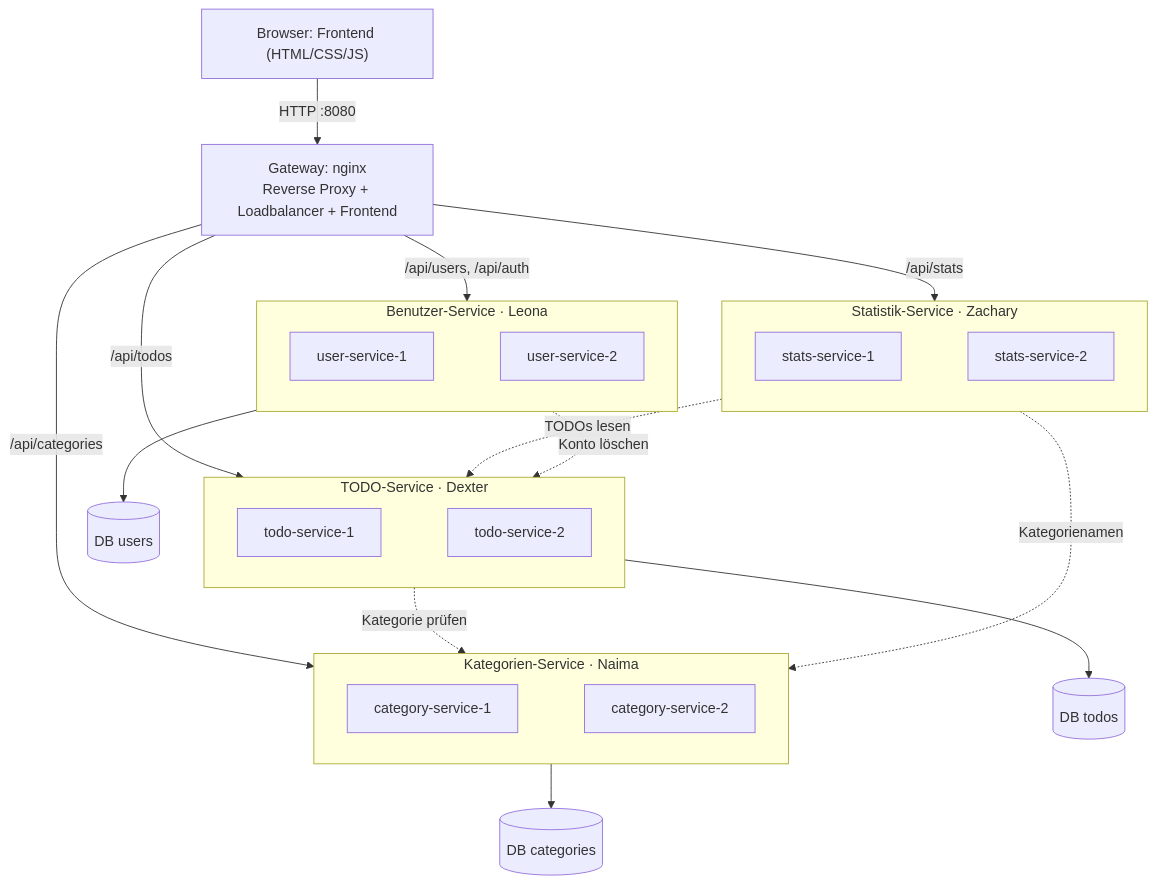
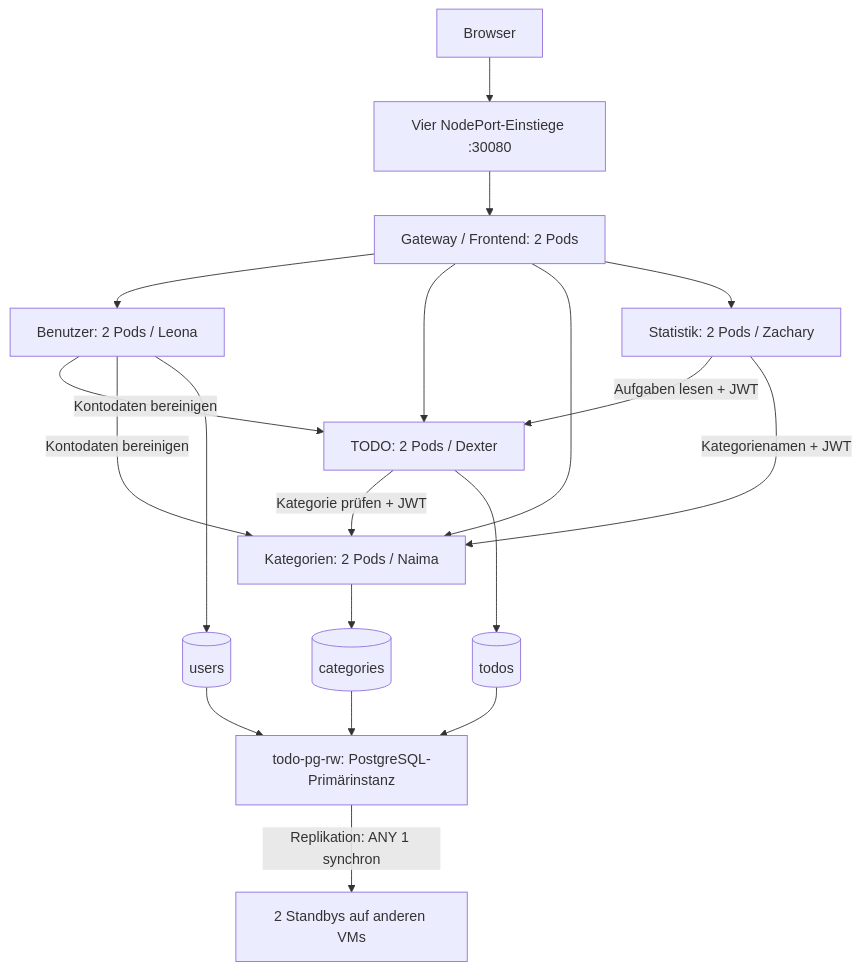
One commit to dexter-zurbruegg/M321_LB2_Leona_Zachary_Naima_Dexter changed the diagram in docs/dokumentation.md. Above: the diagram before and after it, drawn with Mermaid. The commit also changed other lines of this file and 19 other files, not shown here.

````diff
--- a/docs/dokumentation.md
+++ b/docs/dokumentation.md
@@ -96,31 +110,21 @@
 ```mermaid
 flowchart TB
-    B["Browser: Frontend (HTML/CSS/JS)"] -->|"HTTP :8080"| G["Gateway: nginx<br/>Reverse Proxy + Loadbalancer + Frontend"]
-    subgraph US["Benutzer-Service · Leona"]
-        direction LR
-        U1[user-service-1] ~~~ U2[user-service-2]
-    end
-    subgraph TS["TODO-Service · Dexter"]
-        direction LR
-        T1[todo-service-1] ~~~ T2[todo-service-2]
-    end
-    subgraph KS["Kategorien-Service · Naima"]
-        direction LR
-        K1[category-service-1] ~~~ K2[category-service-2]
-    end
-    subgraph SS["Statistik-Service · Zachary"]
-        direction LR
-        S1[stats-service-1] ~~~ S2[stats-service-2]
-    end
-    G -->|"/api/users, /api/auth"| US
-    G -->|"/api/todos"| TS
-    G -->|"/api/categories"| KS
-    G -->|"/api/stats"| SS
-    TS -.->|"Kategorie prüfen"| KS
-    SS -.->|"TODOs lesen"| TS
-    SS -.->|"Kategorienamen"| KS
-    US -.->|"Konto löschen"| TS
-    US --> DBU[("DB users")]
-    TS --> DBT[("DB todos")]
-    KS --> DBK[("DB categories")]
+    B[Browser] --> E["Vier NodePort-Einstiege :30080"]
+    E --> G["Gateway / Frontend: 2 Pods"]
+    G --> U["Benutzer: 2 Pods / Leona"]
+    G --> T["TODO: 2 Pods / Dexter"]
+    G --> K["Kategorien: 2 Pods / Naima"]
+    G --> S["Statistik: 2 Pods / Zachary"]
+    T -->|"Kategorie prüfen + JWT"| K
+    S -->|"Aufgaben lesen + JWT"| T
+    S -->|"Kategorienamen + JWT"| K
+    U -->|"Kontodaten bereinigen"| T
+    U -->|"Kontodaten bereinigen"| K
+    U --> DU[(users)]
+    T --> DT[(todos)]
+    K --> DK[(categories)]
+    DU --> P["todo-pg-rw: PostgreSQL-Primärinstanz"]
+    DT --> P
+    DK --> P
+    P -->|"Replikation: ANY 1 synchron"| R["2 Standbys auf anderen VMs"]
 ```
````
